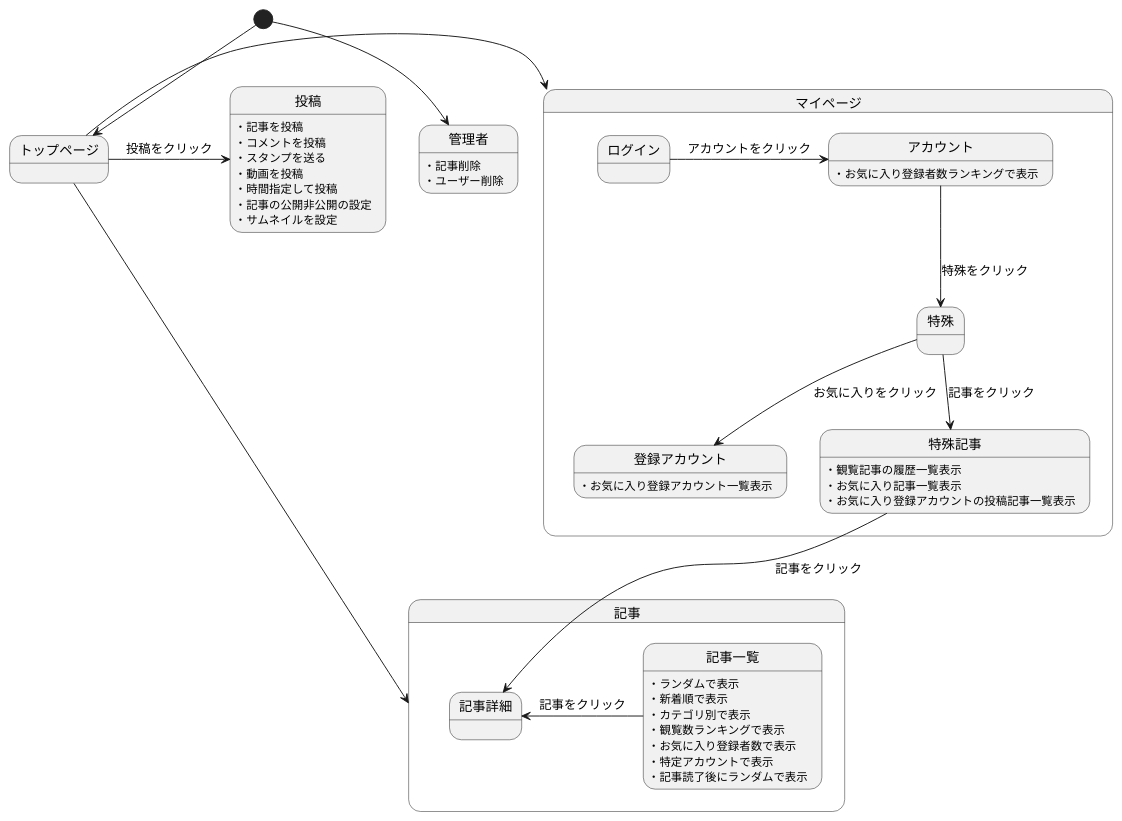
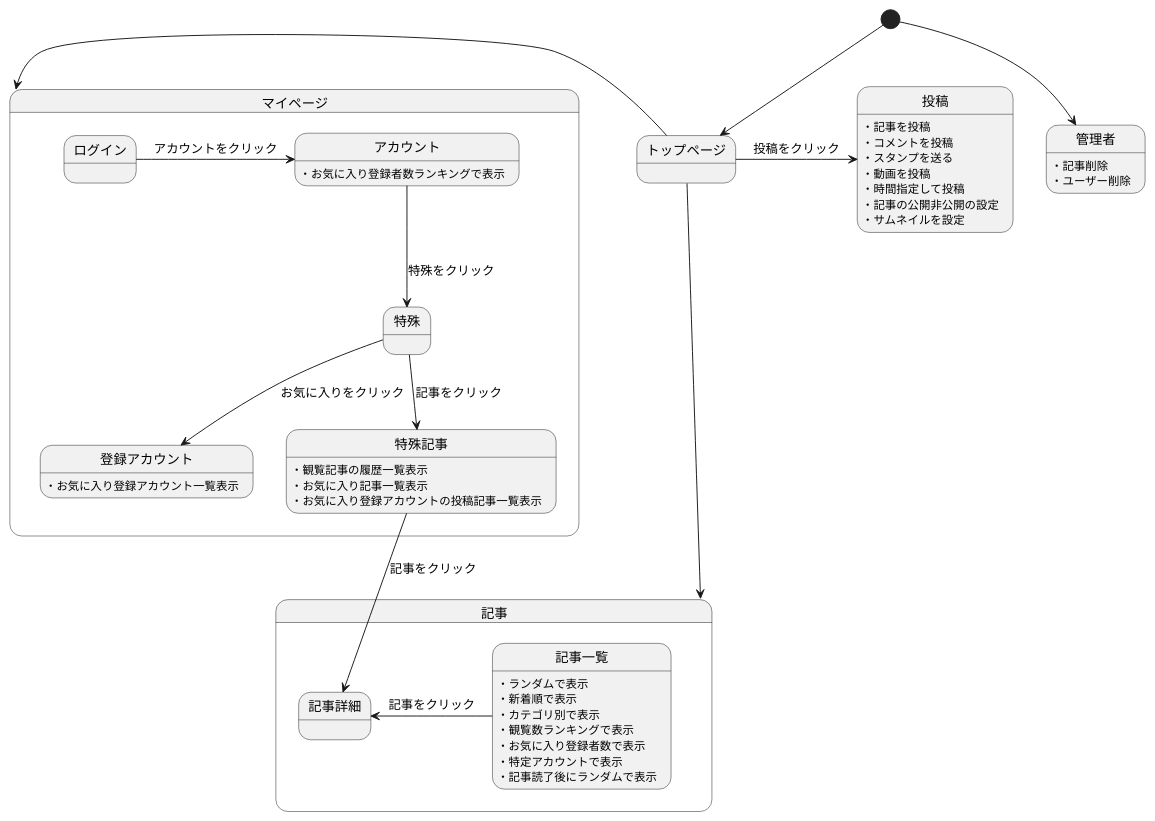
Before and after one commit to Aso2001001/2022System: the diagram in 後期画面遷移.md, drawn with PlantUML.

````diff
--- a/後期画面遷移.md
+++ b/後期画面遷移.md
@@ -1,55 +1,56 @@
 ```uml
 @startuml
 [*] --> トップページ
+
+
+トップページ -down-> 記事
+トップページ -left-> マイページ
+トップページ -> 投稿 : 投稿をクリック
+投稿:・記事を投稿
+投稿:・コメントを投稿
+投稿:・スタンプを送る
+投稿:・動画を投稿
+投稿:・時間指定して投稿
+投稿:・記事の公開非公開の設定
+投稿:・サムネイルを設定
+
+
 
 state 記事{
 記事一覧 -left-> 記事詳細 : 記事をクリック
 
 
 記事一覧:・ランダムで表示
 記事一覧:・新着順で表示
 記事一覧:・カテゴリ別で表示
 記事一覧:・観覧数ランキングで表示
 記事一覧:・お気に入り登録者数で表示
 記事一覧:・特定アカウントで表示
 記事一覧:・記事読了後にランダムで表示
 
 }
 
 state マイページ{
 ログイン -> アカウント : アカウントをクリック
 アカウント -down-> 特殊 : 特殊をクリック
 特殊 -down-> 登録アカウント :お気に入りをクリック
 特殊 -down-> 特殊記事 :記事をクリック
 特殊記事 -down-> 記事詳細 :記事をクリック
 
 アカウント:・お気に入り登録者数ランキングで表示
 
 特殊記事:・観覧記事の履歴一覧表示
 特殊記事:・お気に入り記事一覧表示
 登録アカウント:・お気に入り登録アカウント一覧表示
 特殊記事:・お気に入り登録アカウントの投稿記事一覧表示
 
 }
 
 
-トップページ -down-> 記事
-トップページ -left-> マイページ
-トップページ -> 投稿 : 投稿をクリック
-投稿:・記事を投稿
-投稿:・コメントを投稿
-投稿:・スタンプを送る
-投稿:・動画を投稿
-投稿:・時間指定して投稿
-投稿:・記事の公開非公開の設定
-投稿:・サムネイルを設定
-
-
-
 [*] --> 管理者
 管理者:・記事削除
 管理者:・ユーザー削除
 
 
 @enduml
 ```
````
